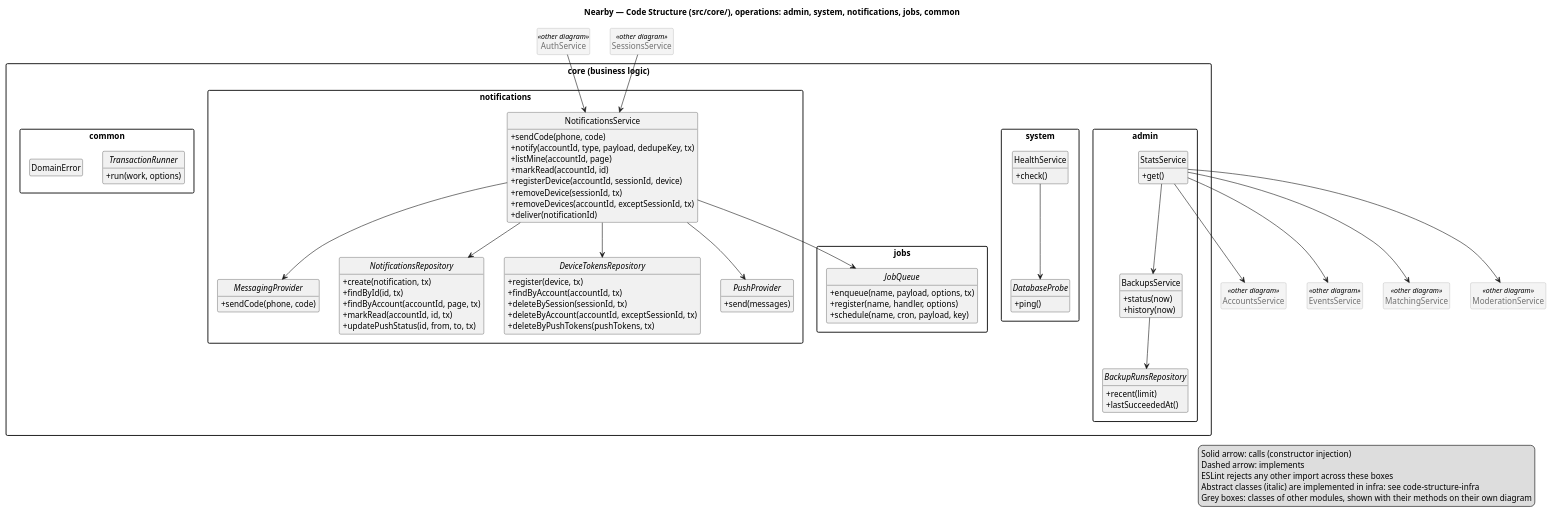
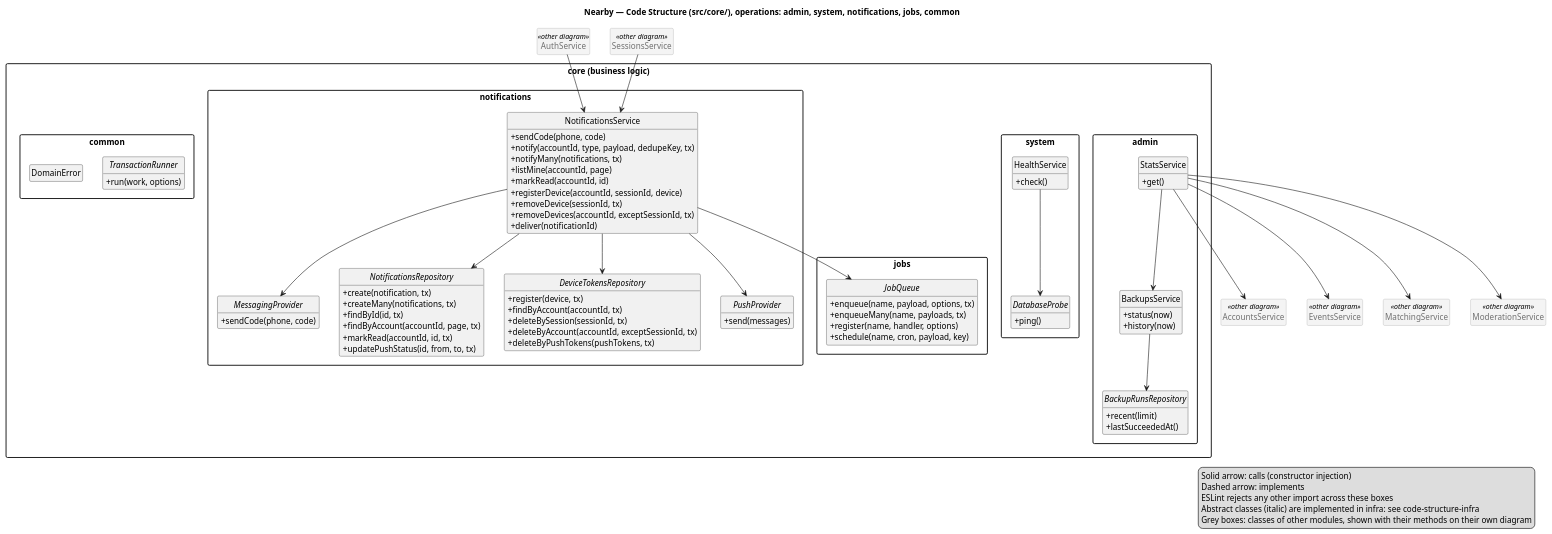
Before and after one commit to ukma-fin-ssdm-2026/pun-intended-team: the diagram in docs/architecture/uml/code-structure-core-operations.puml, drawn with PlantUML. The commit also changed 8 other files, not shown here.

```diff
--- a/docs/architecture/uml/code-structure-core-operations.puml
+++ b/docs/architecture/uml/code-structure-core-operations.puml
@@ -1,120 +1,123 @@
 @startuml code-structure-core-operations
 /'
   AI Usage Note
   Drafted with Claude from the code in src/.
 '/
 title Nearby — Code Structure (src/core/), operations: admin, system, notifications, jobs, common
 
 skinparam shadowing false
 skinparam packageStyle rectangle
 skinparam classAttributeIconSize 0
 hide empty members
 hide circle
 skinparam class {
   BackgroundColor<<other diagram>> #F4F4F4
   BorderColor<<other diagram>> #A0A0A0
   FontColor<<other diagram>> #707070
 }
 
 package "core (business logic)" as CORE {
   package admin {
     class StatsService {
       +get()
     }
     class BackupsService {
       +status(now)
       +history(now)
     }
     abstract class BackupRunsRepository {
       +recent(limit)
       +lastSucceededAt()
     }
   }
   package system {
     class HealthService {
       +check()
     }
     abstract class DatabaseProbe {
       +ping()
     }
   }
   package notifications {
     class NotificationsService {
       +sendCode(phone, code)
       +notify(accountId, type, payload, dedupeKey, tx)
+      +notifyMany(notifications, tx)
       +listMine(accountId, page)
       +markRead(accountId, id)
       +registerDevice(accountId, sessionId, device)
       +removeDevice(sessionId, tx)
       +removeDevices(accountId, exceptSessionId, tx)
       +deliver(notificationId)
     }
     abstract class MessagingProvider {
       +sendCode(phone, code)
     }
     abstract class NotificationsRepository {
       +create(notification, tx)
+      +createMany(notifications, tx)
       +findById(id, tx)
       +findByAccount(accountId, page, tx)
       +markRead(accountId, id, tx)
       +updatePushStatus(id, from, to, tx)
     }
     abstract class DeviceTokensRepository {
       +register(device, tx)
       +findByAccount(accountId, tx)
       +deleteBySession(sessionId, tx)
       +deleteByAccount(accountId, exceptSessionId, tx)
       +deleteByPushTokens(pushTokens, tx)
     }
     abstract class PushProvider {
       +send(messages)
     }
   }
   package jobs {
     abstract class JobQueue {
       +enqueue(name, payload, options, tx)
+      +enqueueMany(name, payloads, tx)
       +register(name, handler, options)
       +schedule(name, cron, payload, key)
     }
   }
   package common {
     abstract class TransactionRunner {
       +run(work, options)
     }
     class DomainError
   }
 }
 
 ' other modules' classes, shown with their methods on their own diagram
 class AccountsService <<other diagram>>
 class EventsService <<other diagram>>
 class MatchingService <<other diagram>>
 class ModerationService <<other diagram>>
 class AuthService <<other diagram>>
 class SessionsService <<other diagram>>
 
 ' services call services and reach storage and adapters through abstract classes
 AuthService --> NotificationsService
 SessionsService --> NotificationsService
 StatsService --> AccountsService
 StatsService --> EventsService
 StatsService --> MatchingService
 StatsService --> ModerationService
 StatsService --> BackupsService
 BackupsService --> BackupRunsRepository
 HealthService --> DatabaseProbe
 NotificationsService --> MessagingProvider
 NotificationsService --> NotificationsRepository
 NotificationsService --> DeviceTokensRepository
 NotificationsService --> PushProvider
 NotificationsService --> JobQueue
 
 legend right
   Solid arrow: calls (constructor injection)
   Dashed arrow: implements
   ESLint rejects any other import across these boxes
   Abstract classes (italic) are implemented in infra: see code-structure-infra
   Grey boxes: classes of other modules, shown with their methods on their own diagram
 endlegend
 
 @enduml
```
